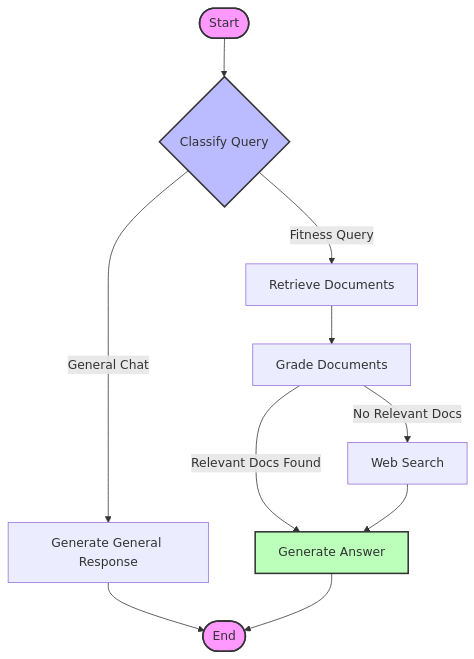
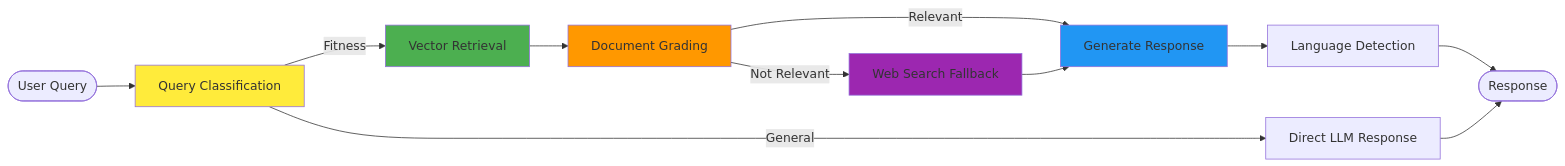
One commit to NEhIL06/zenfit changed the second of 6 diagrams in README.md. Above: the diagram before and after it, drawn with Mermaid. The commit also changed other lines of this file and 10 other files, not shown here.

Commit message:
feat: introduce AI fitness trainer with multimodal chat, voice input, and RAG capabilities.

````diff
--- a/README.md
+++ b/README.md
@@ -165,22 +131,21 @@
 ```mermaid
-graph TD
-    Start([Start]) --> Classify{Classify Query}
+graph LR
+    START([User Query]) --> Classify[Query Classification]
+    Classify --> |Fitness| Retrieve[Vector Retrieval]
+    Classify --> |General| DirectResponse[Direct LLM Response]
     
-    Classify -- "General Chat" --> GenerateGeneral[Generate General Response]
-    Classify -- "Fitness Query" --> Retrieve[Retrieve Documents]
-    
-    Retrieve --> Grade[Grade Documents]
-    
-    Grade -- "Relevant Docs Found" --> Generate[Generate Answer]
-    Grade -- "No Relevant Docs" --> WebSearch[Web Search]
-    
+    Retrieve --> Grade[Document Grading]
+    Grade --> |Relevant| Generate[Generate Response]
+    Grade --> |Not Relevant| WebSearch[Web Search Fallback]
     WebSearch --> Generate
     
-    GenerateGeneral --> End([End])
-    Generate --> End
-    
-    style Start fill:#f9f,stroke:#333,stroke-width:2px
-    style End fill:#f9f,stroke:#333,stroke-width:2px
-    style Classify fill:#bbf,stroke:#333,stroke-width:2px
-    style Generate fill:#bfb,stroke:#333,stroke-width:2px
+    Generate --> Multilingual[Language Detection]
+    Multilingual --> END([Response])
+    DirectResponse --> END
+
+    style Classify fill:#ffeb3b
+    style Retrieve fill:#4caf50
+    style Grade fill:#ff9800
+    style Generate fill:#2196f3
+    style WebSearch fill:#9c27b0
 ```
````
